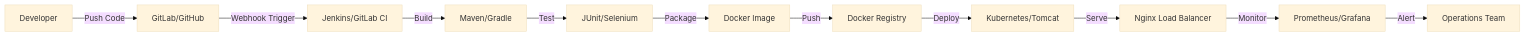
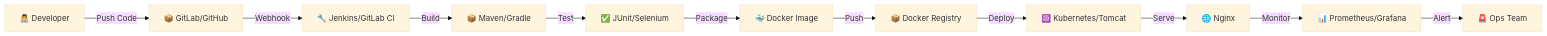
One commit to divy1436/divy1436 changed the diagram in README.md. Above: the diagram before and after it, drawn with Mermaid (base theme). The commit also changed other lines of this file, not shown here.

````diff
--- a/README.md
+++ b/README.md
@@ -160,13 +157,13 @@
 ```mermaid
 graph LR
-    A[Developer] -->|Push Code| B[GitLab/GitHub]
-    B -->|Webhook Trigger| C[Jenkins/GitLab CI]
-    C -->|Build| D[Maven/Gradle]
-    D -->|Test| E[JUnit/Selenium]
-    E -->|Package| F[Docker Image]
-    F -->|Push| G[Docker Registry]
-    G -->|Deploy| H[Kubernetes/Tomcat]
-    H -->|Serve| I[Nginx Load Balancer]
-    I -->|Monitor| J[Prometheus/Grafana]
-    J -->|Alert| K[Operations Team]
+    A[👨‍💻 Developer] -->|Push Code| B[📦 GitLab/GitHub]
+    B -->|Webhook| C[🔧 Jenkins/GitLab CI]
+    C -->|Build| D[📦 Maven/Gradle]
+    D -->|Test| E[✅ JUnit/Selenium]
+    E -->|Package| F[🐳 Docker Image]
+    F -->|Push| G[📦 Docker Registry]
+    G -->|Deploy| H[☸️ Kubernetes/Tomcat]
+    H -->|Serve| I[🌐 Nginx]
+    I -->|Monitor| J[📊 Prometheus/Grafana]
+    J -->|Alert| K[🚨 Ops Team]
 ```
````
